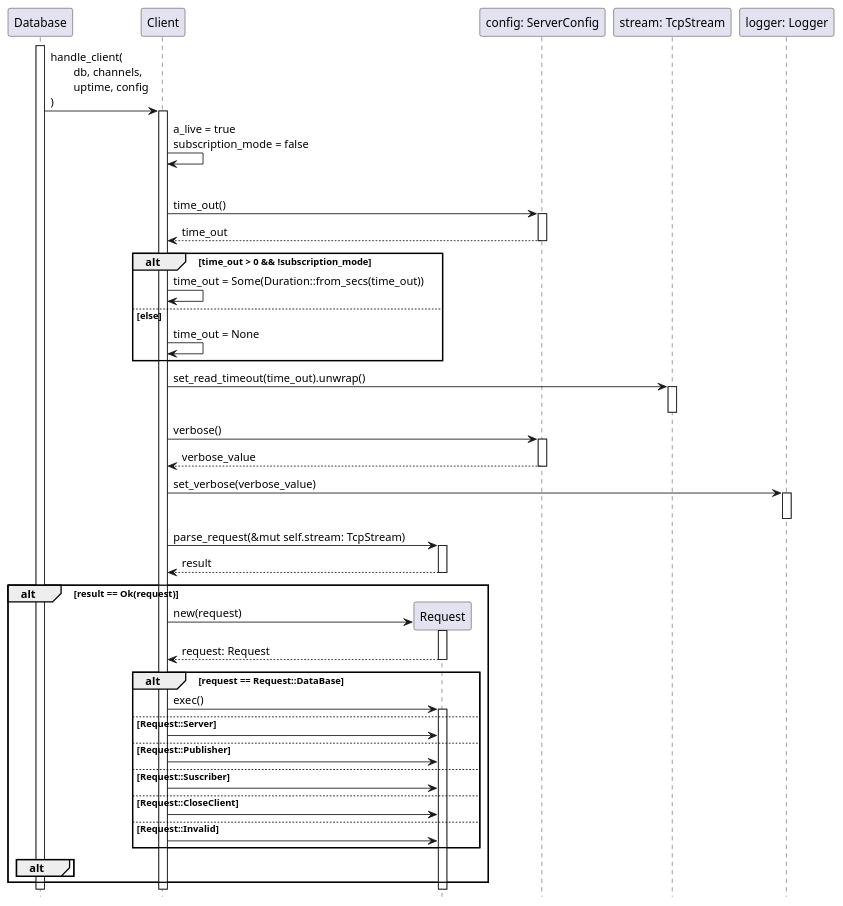
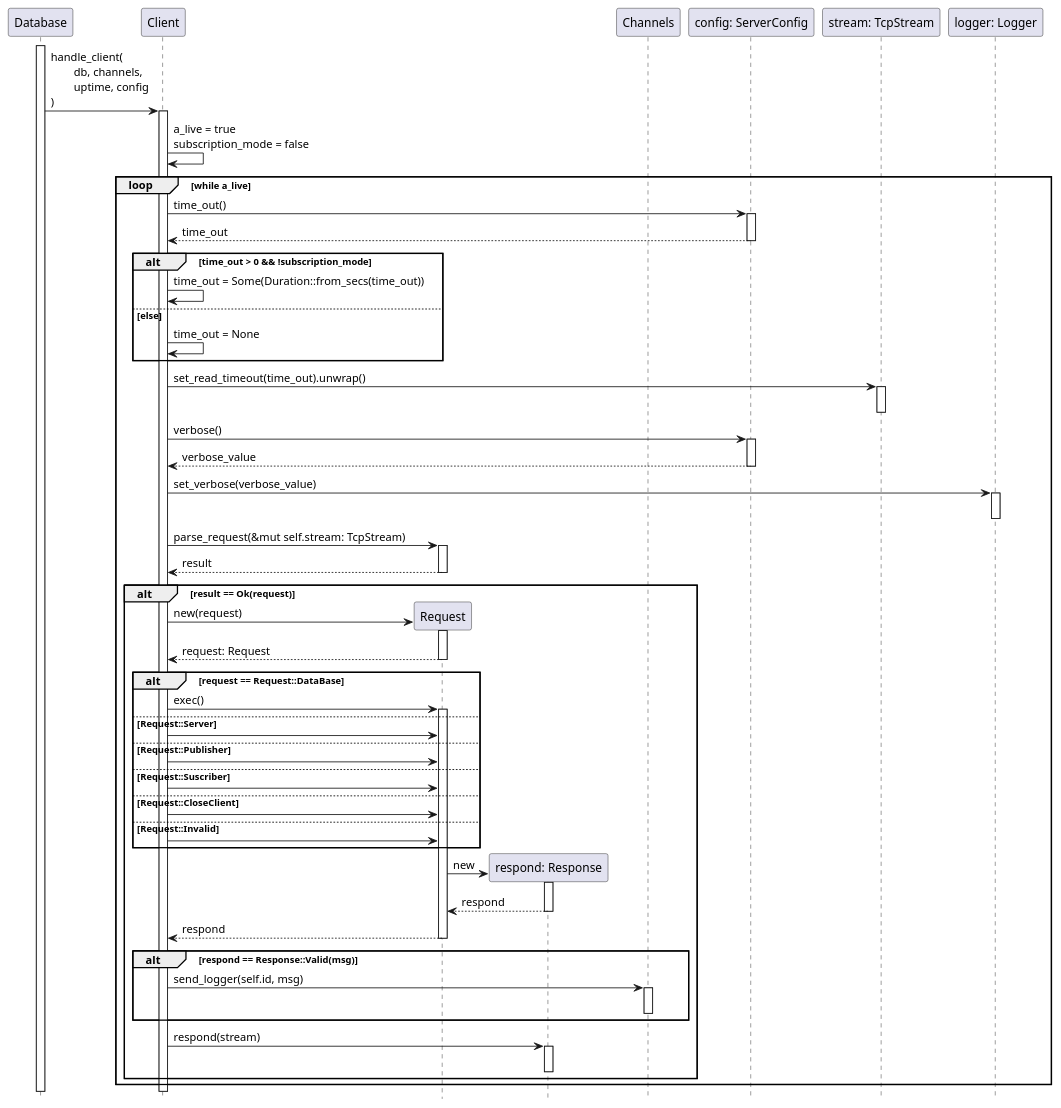
One commit to taller-1-fiuba-rust/21C1-OxidadosFC changed the diagram in src/Diagramas/handle_client.puml. Above: the diagram before and after it, drawn with PlantUML. The commit also changed 1 other file, not shown here.

Commit message:
general handle client diagram almost done

```diff
--- a/src/Diagramas/handle_client.puml
+++ b/src/Diagramas/handle_client.puml
@@ -1,57 +1,70 @@
 @startuml handle_client
 hide footbox
 activate Database
 
 participant Database order 0
 participant Client order 10
 participant Request order 20
 
 Database -> Client++: handle_client(\n\tdb, channels,\n\tuptime, config\n)
 Client -> Client: a_live = true\nsubscription_mode = false
 loop while a_live
     participant Config as "config: ServerConfig" order 30
     Client -> Config ++: time_out()
     return time_out
 
     alt time_out > 0 && !subscription_mode
         Client -> Client: time_out = Some(Duration::from_secs(time_out))
     else else
         Client -> Client: time_out = None
     end
 
     participant Stream as "stream: TcpStream" order 40
     Client -> Stream++: set_read_timeout(time_out).unwrap()
     deactivate Stream
 
     Client -> Config++: verbose()
     return verbose_value
 
     participant Logger as "logger: Logger" order 50
     Client -> Logger++: set_verbose(verbose_value)
     deactivate Logger
 
     Client -> Request++: parse_request(&mut self.stream: TcpStream)
     return result
 
     alt result == Ok(request) 
         create Request
         Client -> Request++: new(request)
         return request: Request
         alt request == Request::DataBase
             Client -> Request++: exec()
         else Request::Server
             Client -> Request:
         else Request::Publisher
             Client -> Request:
         else Request::Suscriber
             Client -> Request:
         else Request::CloseClient
             Client -> Request:
         else Request::Invalid
             Client -> Request:
         end
 
-        alt 
+        participant Respond as "respond: Response" order 24
+        create Respond
+        Request -> Respond++: new
+        return respond
+        return respond
+
+        alt respond == Response::Valid(msg)
+            participant Channels order 25
+            Client -> Channels++: send_logger(self.id, msg)
+            deactivate Channels
+        end
+
+        Client -> Respond ++: respond(stream)
+        deactivate
     end
 end
 @enduml
```
